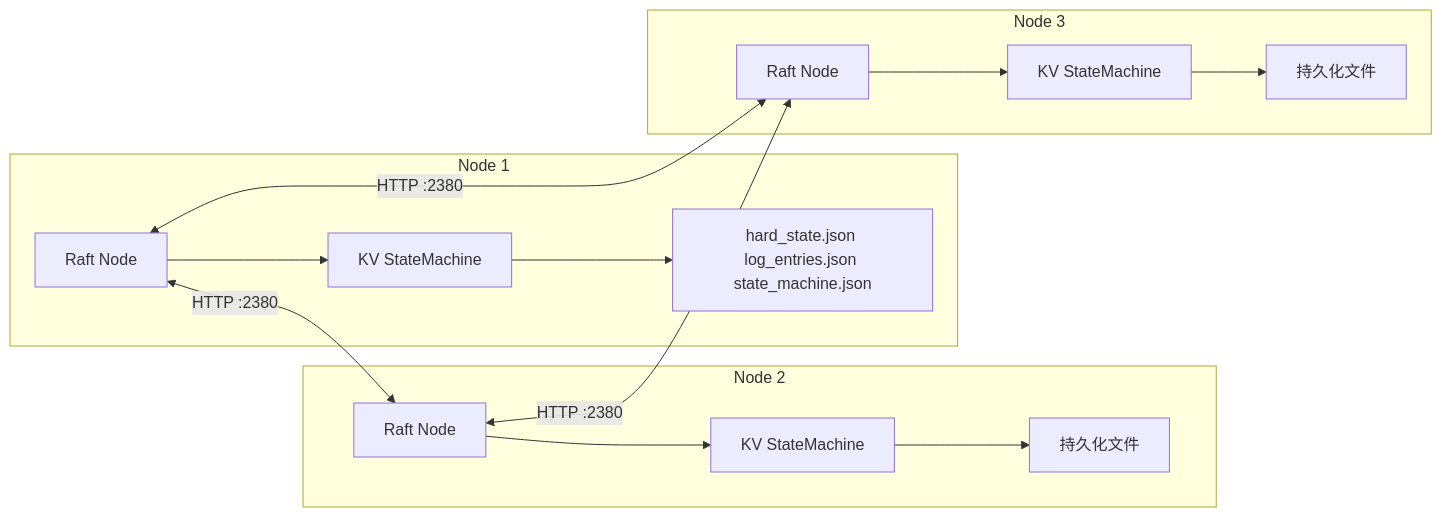
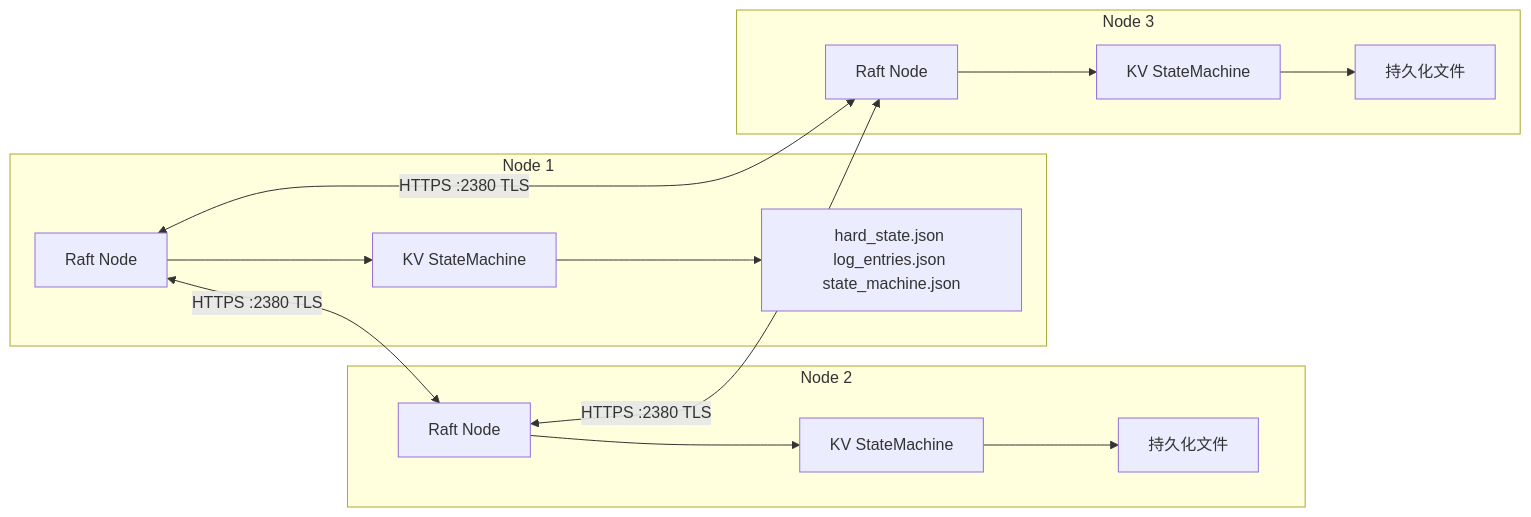
One commit to seraphico/pg-ha changed the seventh of 10 diagrams in docs/pg-ha-architecture.md. Above: the diagram before and after it, drawn with Mermaid. The commit also changed other lines of this file and 2 other files, not shown here.

First line of the commit message:
docs: add deployment guide, operations guide, update architecture

````diff
--- a/docs/pg-ha-architecture.md
+++ b/docs/pg-ha-architecture.md
@@ -166,29 +166,29 @@
 ```mermaid
 flowchart LR
     subgraph Node1["Node 1"]
         R1[Raft Node]
         SM1[KV StateMachine]
         DISK1[hard_state.json log_entries.json state_machine.json]
     end
     subgraph Node2["Node 2"]
         R2[Raft Node]
         SM2[KV StateMachine]
         DISK2[持久化文件]
     end
     subgraph Node3["Node 3"]
         R3[Raft Node]
         SM3[KV StateMachine]
         DISK3[持久化文件]
     end
 
-    R1 <-->|HTTP :2380| R2
-    R2 <-->|HTTP :2380| R3
-    R1 <-->|HTTP :2380| R3
+    R1 <-->|HTTPS :2380 TLS| R2
+    R2 <-->|HTTPS :2380 TLS| R3
+    R1 <-->|HTTPS :2380 TLS| R3
 
     R1 --> SM1
     R2 --> SM2
     R3 --> SM3
     SM1 --> DISK1
     SM2 --> DISK2
     SM3 --> DISK3
 ```
````
